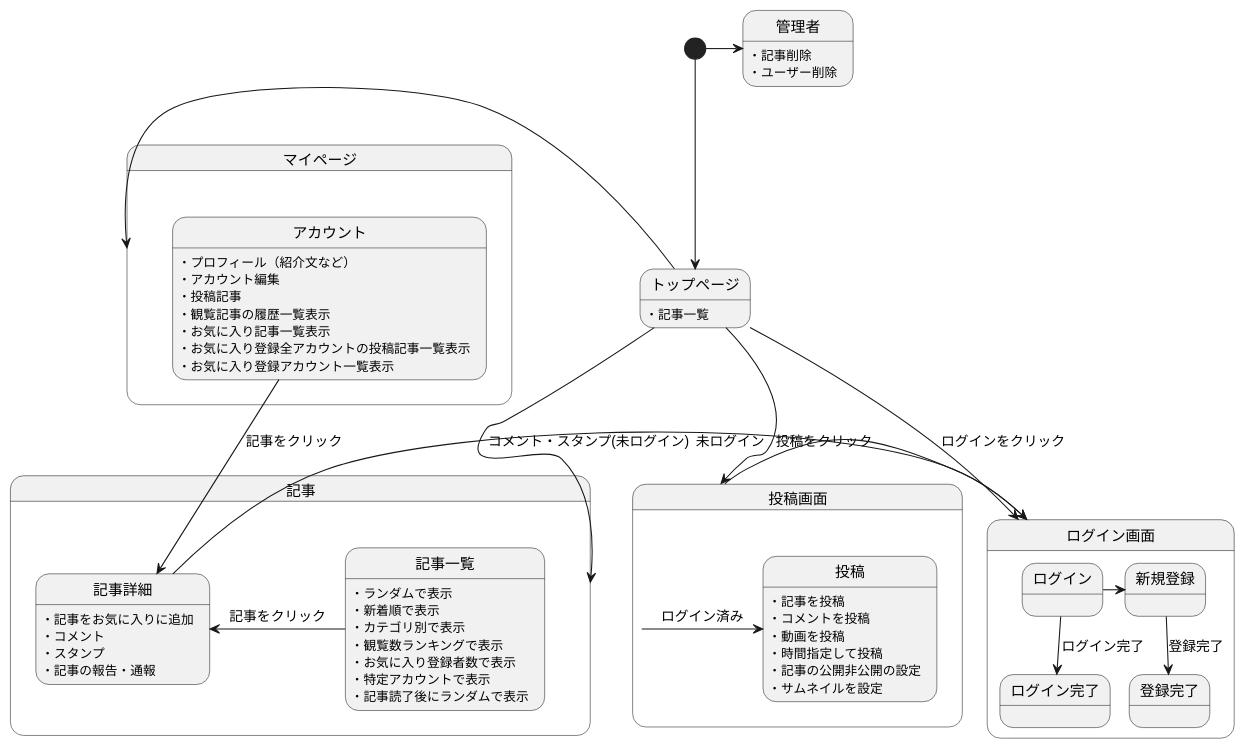
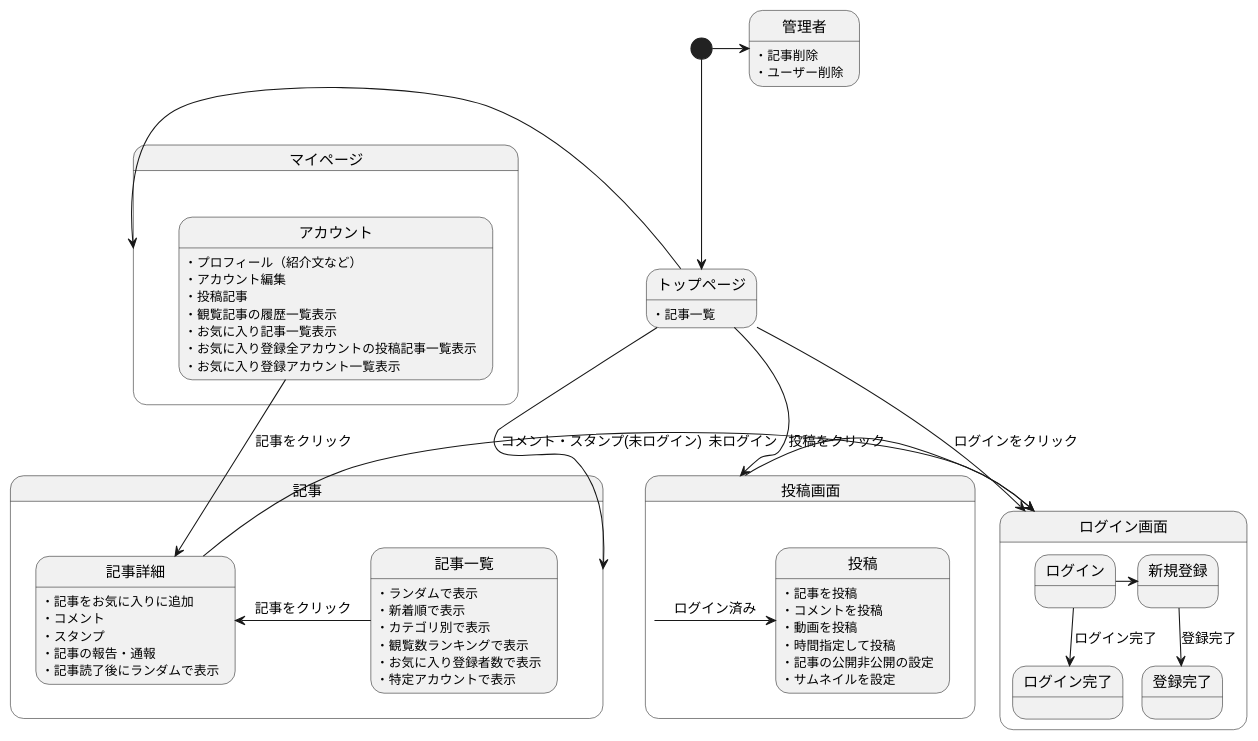
Before and after one commit to Aso2001001/2022System: the diagram in 後期画面遷移.md, drawn with PlantUML.

````diff
--- a/後期画面遷移.md
+++ b/後期画面遷移.md
@@ -1,74 +1,74 @@
 ```uml
 @startuml
 [*] --> トップページ
 
 
 トップページ -down-> 記事
 トップページ -> マイページ
 トップページ -> 投稿画面 : 投稿をクリック
 
 トップページ:・記事一覧
 
 トップページ -> ログイン画面 : ログインをクリック
 
 
 state ログイン画面{
 ログイン -> 新規登録
 ログイン -down-> ログイン完了 : ログイン完了
 新規登録 -down-> 登録完了 : 登録完了
 }
 
 state 記事{
 記事一覧 -left-> 記事詳細 : 記事をクリック
 記事詳細 -> ログイン画面 :コメント・スタンプ(未ログイン)
 
 記事一覧:・ランダムで表示
 記事一覧:・新着順で表示
 記事一覧:・カテゴリ別で表示
 記事一覧:・観覧数ランキングで表示
 記事一覧:・お気に入り登録者数で表示
 記事一覧:・特定アカウントで表示
-記事一覧:・記事読了後にランダムで表示
 
 記事詳細:・記事をお気に入りに追加
 記事詳細:・コメント
 記事詳細:・スタンプ
 記事詳細:・記事の報告・通報
+記事詳細:・記事読了後にランダムで表示
 
 }
 
 state 投稿画面{
 投稿画面 -> ログイン画面 : 未ログイン
 投稿画面 -> 投稿 : ログイン済み
 
 投稿:・記事を投稿
 投稿:・コメントを投稿
 投稿:・動画を投稿
 投稿:・時間指定して投稿
 投稿:・記事の公開非公開の設定
 投稿:・サムネイルを設定
 
 }
 
 state マイページ{
 
 アカウント -> 記事詳細 : 記事をクリック
 
 アカウント:・プロフィール（紹介文など）
 アカウント:・アカウント編集
 アカウント:・投稿記事
 アカウント:・観覧記事の履歴一覧表示
 アカウント:・お気に入り記事一覧表示
 アカウント:・お気に入り登録全アカウントの投稿記事一覧表示
 アカウント:・お気に入り登録アカウント一覧表示
 
 }
 
 
 [*] -right-> 管理者
 管理者:・記事削除
 管理者:・ユーザー削除
 
 
 @enduml
 ```
````
